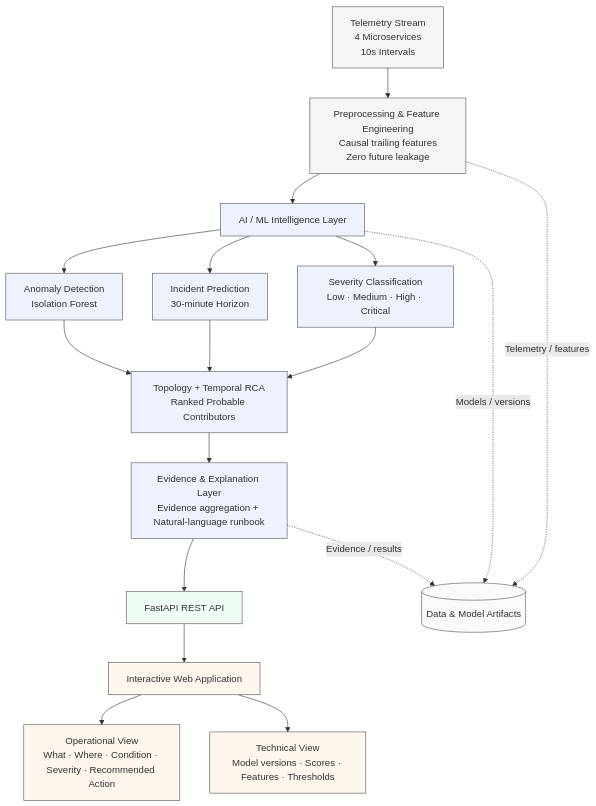
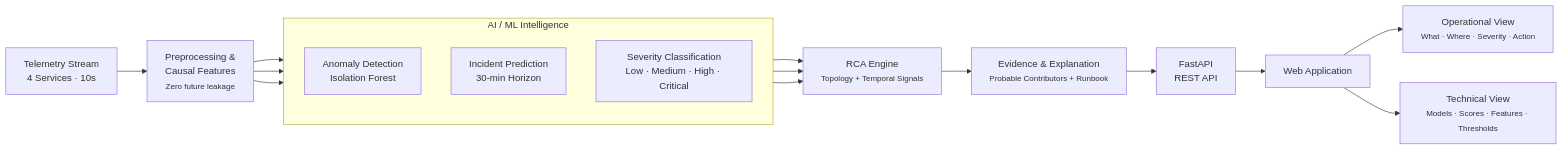
The diagram in README.md (Tech-Siddhant/aiops-incident-intelligence), drawn with Mermaid before and after one commit.

Commit message:
Refactor system architecture diagram in README

````diff
--- a/README.md
+++ b/README.md
@@ -69,47 +69,38 @@
 ```mermaid
-flowchart TB
+flowchart LR
 
-    A["Telemetry Stream<br/>4 Microservices<br/>10s Intervals"]
+    A["Telemetry Stream<br/>4 Services · 10s"]
 
-    B["Preprocessing & Feature Engineering<br/>Causal trailing features<br/>Zero future leakage"]
+    B["Preprocessing &<br/>Causal Features<br/><small>Zero future leakage</small>"]
+
+    subgraph ML["AI / ML Intelligence"]
+        direction TB
+        C["Anomaly Detection<br/>Isolation Forest"]
+        D["Incident Prediction<br/>30-min Horizon"]
+        E["Severity Classification<br/>Low · Medium · High · Critical"]
+    end
+
+    F["RCA Engine<br/><small>Topology + Temporal Signals</small>"]
+
+    G["Evidence & Explanation<br/><small>Probable Contributors + Runbook</small>"]
+
+    H["FastAPI<br/>REST API"]
+
+    I["Web Application"]
 
     A --> B
+    B --> C
+    B --> D
+    B --> E
 
-    B --> C["AI / ML Intelligence Layer"]
+    C --> F
+    D --> F
+    E --> F
 
-    C --> D["Anomaly Detection<br/>Isolation Forest"]
-    C --> E["Incident Prediction<br/>30-minute Horizon"]
-    C --> F["Severity Classification<br/>Low · Medium · High · Critical"]
+    F --> G
+    G --> H
+    H --> I
 
-    D --> G["RCA Engine"]
-    E --> G
-    F --> G
-
-    G["Topology + Temporal RCA<br/>Ranked Probable Contributors"]
-
-    G --> H["Evidence & Explanation Layer<br/>Evidence aggregation + Natural-language runbook"]
-
-    H --> I["FastAPI REST API"]
-
-    I --> J["Interactive Web Application"]
-
-    J --> K["Operational View<br/>What · Where · Condition · Severity · Recommended Action"]
-    J --> L["Technical View<br/>Model versions · Scores · Features · Thresholds"]
-
-    %% Supporting components
-    B -. "Telemetry / features" .-> M[("Data & Model Artifacts")]
-    C -. "Models / versions" .-> M
-    H -. "Evidence / results" .-> M
-
-    classDef input fill:#f5f5f5,stroke:#555,stroke-width:1px;
-    classDef ml fill:#eef2ff,stroke:#555,stroke-width:1px;
-    classDef api fill:#f0fdf4,stroke:#555,stroke-width:1px;
-    classDef ui fill:#fff7ed,stroke:#555,stroke-width:1px;
-    classDef store fill:#f9fafb,stroke:#555,stroke-width:1px;
-
-    class A,B input;
-    class C,D,E,F,G,H ml;
-    class I api;
-    class J,K,L ui;
-    class M store;
+    I --> J["Operational View<br/><small>What · Where · Severity · Action</small>"]
+    I --> K["Technical View<br/><small>Models · Scores · Features · Thresholds</small>"]
 ```
````
